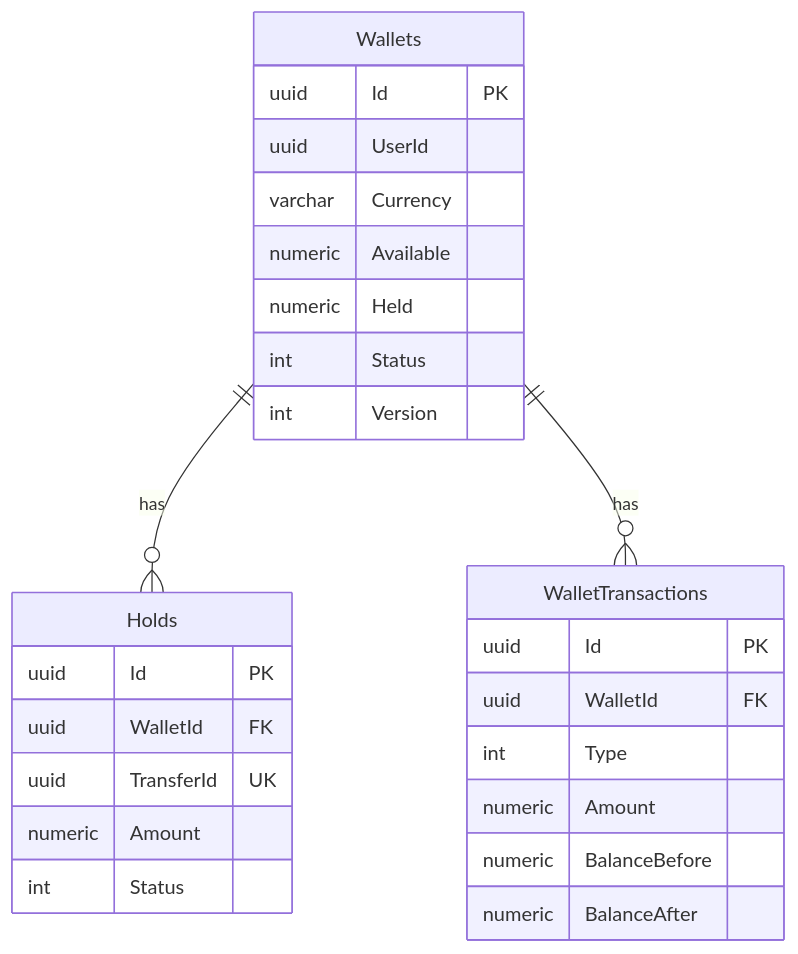
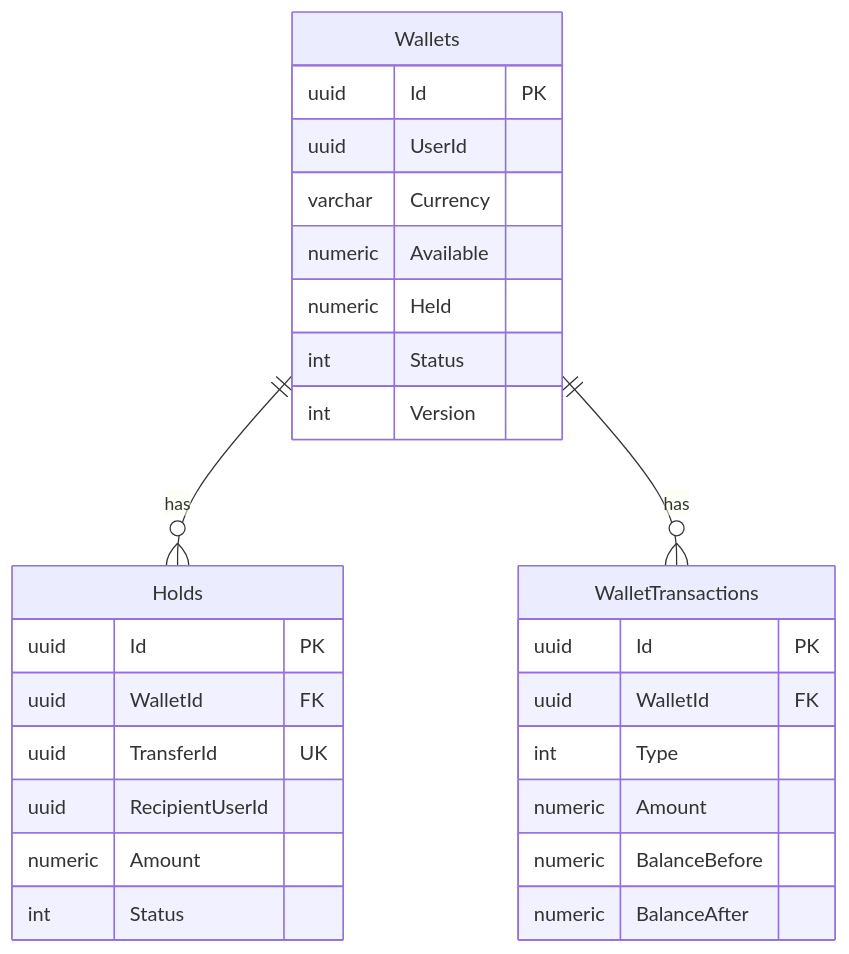
Before and after one commit to PoyarkinES/otus_payment_system: the second of 3 diagrams in docs/db-schema.ru.md, drawn with Mermaid. The commit also changed other lines of this file and 16 other files, not shown here.

````diff
--- a/docs/db-schema.ru.md
+++ b/docs/db-schema.ru.md
@@ -189,29 +192,30 @@
 ```mermaid
 erDiagram
     Wallets ||--o{ Holds : has
     Wallets ||--o{ WalletTransactions : has
     Wallets {
         uuid Id PK
         uuid UserId
         varchar Currency
         numeric Available
         numeric Held
         int Status
         int Version
     }
     Holds {
         uuid Id PK
         uuid WalletId FK
         uuid TransferId UK
+        uuid RecipientUserId
         numeric Amount
         int Status
     }
     WalletTransactions {
         uuid Id PK
         uuid WalletId FK
         int Type
         numeric Amount
         numeric BalanceBefore
         numeric BalanceAfter
     }
 ```
````
